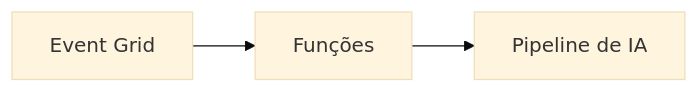
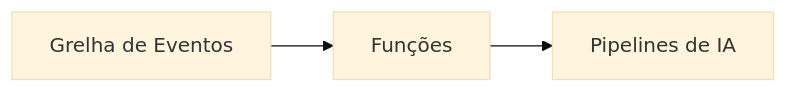
The second of 2 diagrams in translations/pt-PT/docs/chapter-08-production/README.md (microsoft/AZD-for-beginners), drawn with Mermaid (base theme) before and after one commit. The commit also changed other lines of this file and 3 other files, not shown here.

````diff
--- a/translations/pt-PT/docs/chapter-08-production/README.md
+++ b/translations/pt-PT/docs/chapter-08-production/README.md
@@ -57,4 +57,4 @@
 ```mermaid
 graph LR
-    EventGrid[Event Grid] --> Functions[Funções] --> Pipeline[Pipeline de IA]
+    EventGrid[Grelha de Eventos] --> Functions[Funções] --> Pipeline[Pipelines de IA]
 ```
````
